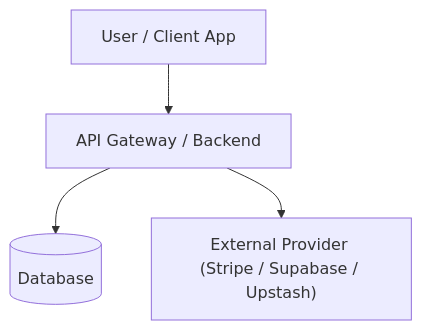
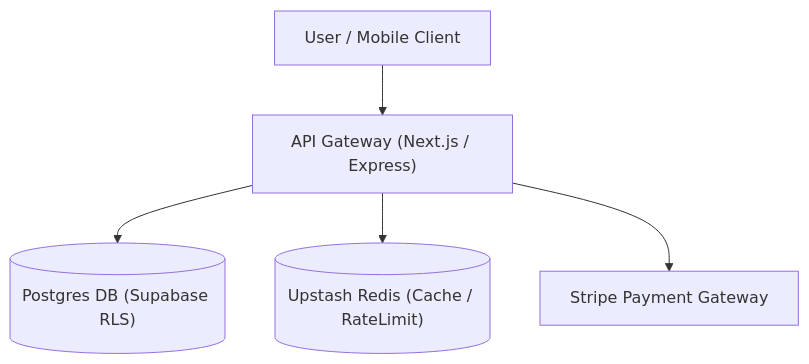
One commit to LorenzoBela/ultimate-workflows changed the first of 2 diagrams in original/ultimate-planning-workflow.md. Above: the diagram before and after it, drawn with Mermaid. The commit also changed other lines of this file and 55 other files, not shown here.

````diff
--- a/original/ultimate-planning-workflow.md
+++ b/original/ultimate-planning-workflow.md
@@ -106,6 +124,7 @@
 ```mermaid
 graph TD
-    User["User / Client App"] --> API["API Gateway / Backend"]
-    API --> DB[("Database")]
-    API --> External["External Provider (Stripe / Supabase / Upstash)"]
+    User["User / Mobile Client"] --> API["API Gateway (Next.js / Express)"]
+    API --> DB[("Postgres DB (Supabase RLS)")]
+    API --> Cache[("Upstash Redis (Cache / RateLimit)")]
+    API --> Payment["Stripe Payment Gateway"]
 ```
````
